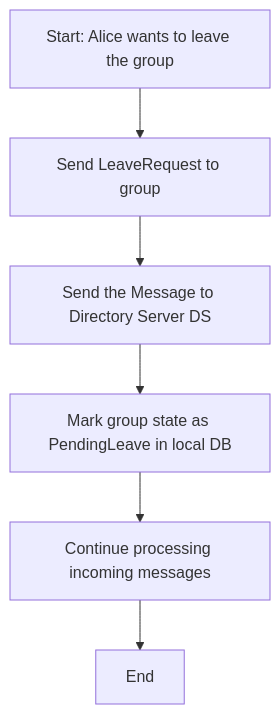
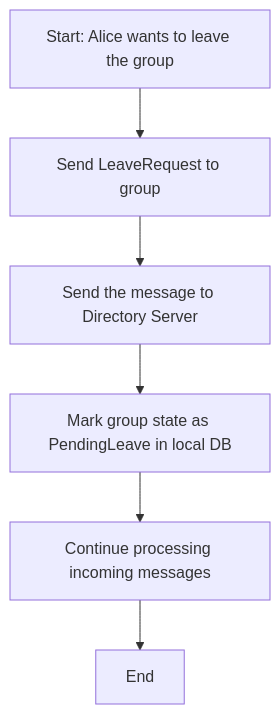
One commit to xmtp/XIPs changed the third of 6 diagrams in xip-XX-self-removal.md. Above: the diagram before and after it, drawn with Mermaid. The commit also changed other lines of this file, not shown here.

````diff
--- a/xip-XX-self-removal.md
+++ b/xip-XX-self-removal.md
@@ -103,9 +103,9 @@
 ```mermaid
 flowchart TD
 B[Start: Alice wants to leave the group]--> D[Send LeaveRequest to group]
-    D --> F[Send the Message to Directory Server DS]
+    D --> F[Send the message to Directory Server]
     F --> G[Mark group state as PendingLeave in local DB]
     G --> H[Continue processing incoming messages]
     H --> I[Remove the group when receive Remove Commit]
     I[End]
 ```
````
